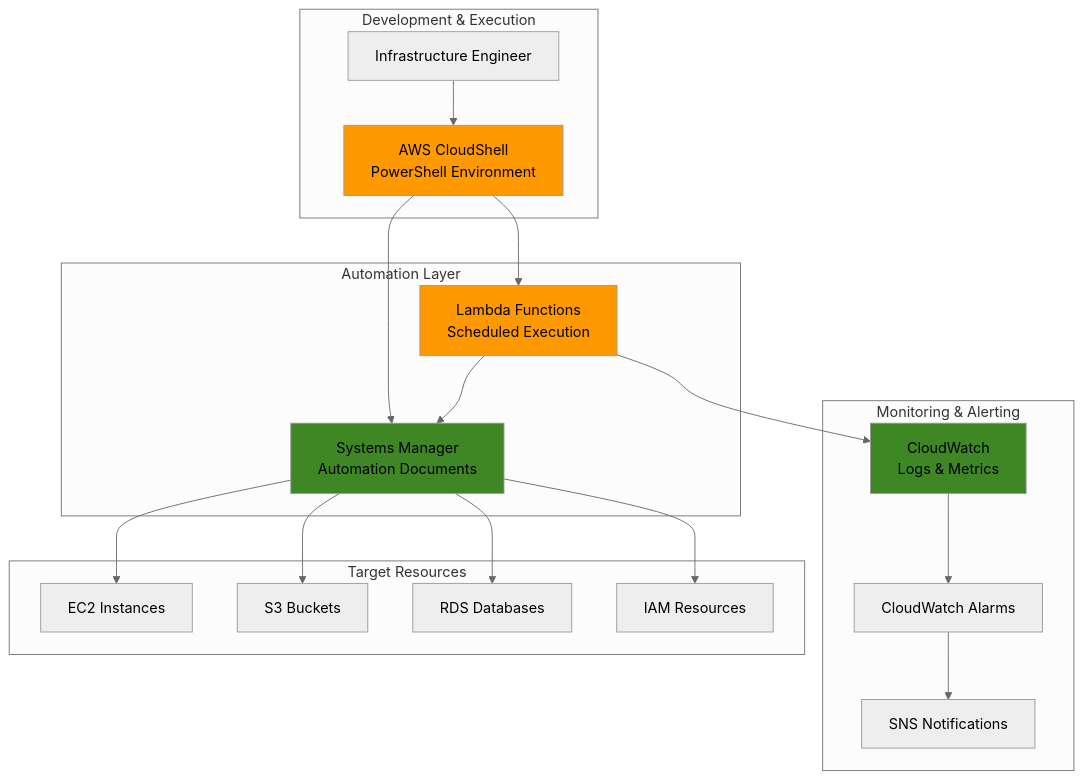
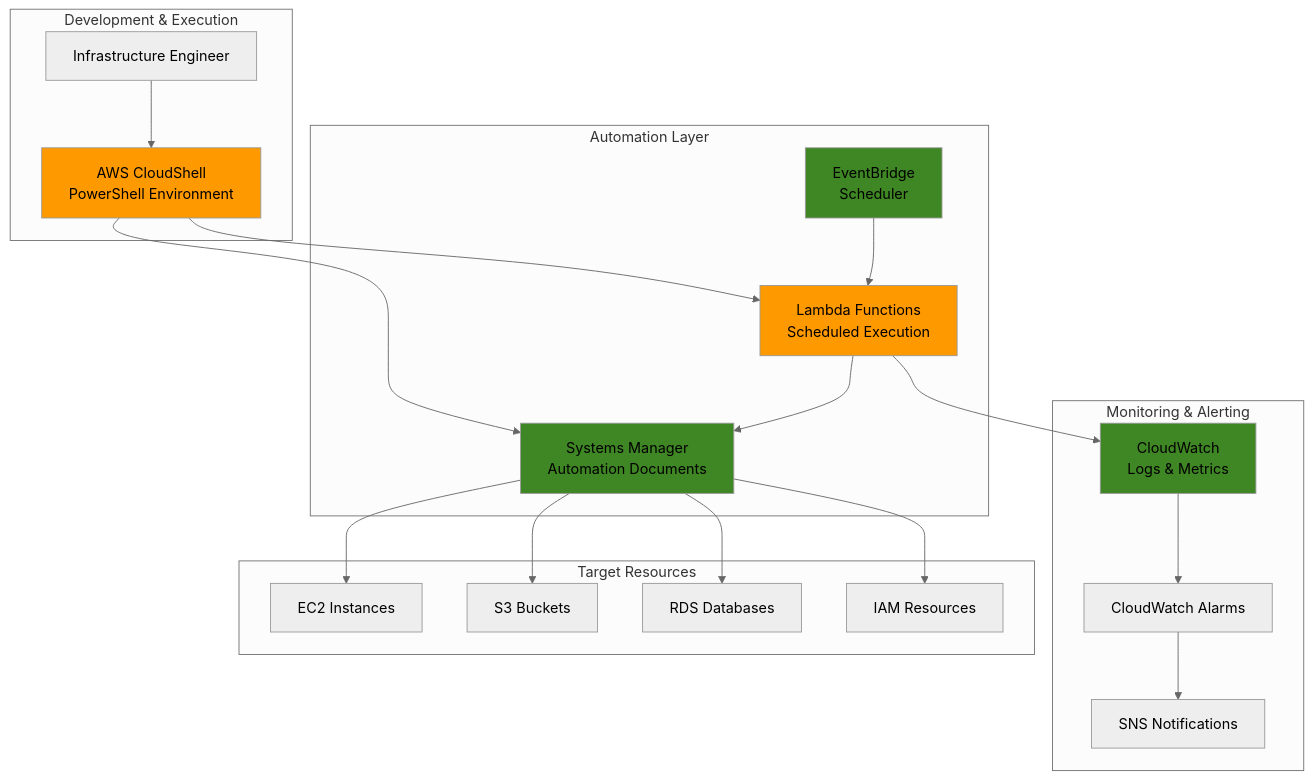
One commit to mzazon/awesome-cloud-projects changed the diagram in aws/infrastructure-automation-cloudshell/infrastructure-automation-cloudshell.md. Above: the diagram before and after it, drawn with Mermaid (neutral theme). The commit also changed other lines of this file and 5581 other files, not shown here.

````diff
--- a/aws/infrastructure-automation-cloudshell/infrastructure-automation-cloudshell.md
+++ b/aws/infrastructure-automation-cloudshell/infrastructure-automation-cloudshell.md
@@ -30,42 +30,45 @@
 ```mermaid
 graph TB
     subgraph "Development & Execution"
         CS[AWS CloudShell<br/>PowerShell Environment]
         USER[Infrastructure Engineer]
     end
     
     subgraph "Automation Layer"
         SSM[Systems Manager<br/>Automation Documents]
         LAMBDA[Lambda Functions<br/>Scheduled Execution]
+        EB[EventBridge<br/>Scheduler]
     end
     
     subgraph "Monitoring & Alerting"
         CW[CloudWatch<br/>Logs & Metrics]
         ALARM[CloudWatch Alarms]
         SNS[SNS Notifications]
     end
     
     subgraph "Target Resources"
         EC2[EC2 Instances]
         S3[S3 Buckets]
         RDS[RDS Databases]
         IAM[IAM Resources]
     end
     
     USER --> CS
     CS --> SSM
     CS --> LAMBDA
+    EB --> LAMBDA
     SSM --> EC2
     SSM --> S3
     SSM --> RDS
     SSM --> IAM
     LAMBDA --> SSM
     LAMBDA --> CW
     CW --> ALARM
     ALARM --> SNS
     
     style CS fill:#FF9900
     style SSM fill:#3F8624
     style LAMBDA fill:#FF9900
+    style EB fill:#3F8624
     style CW fill:#3F8624
 ```
````
